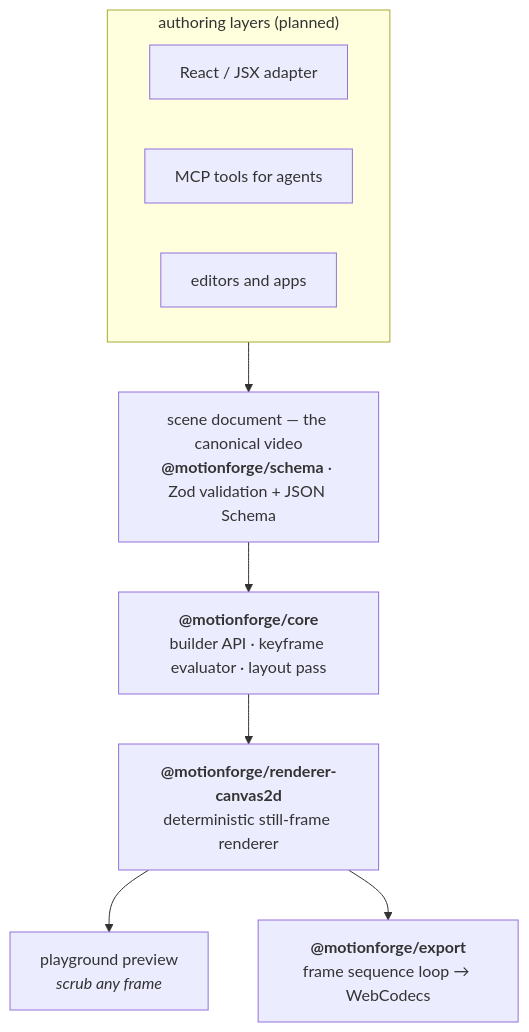
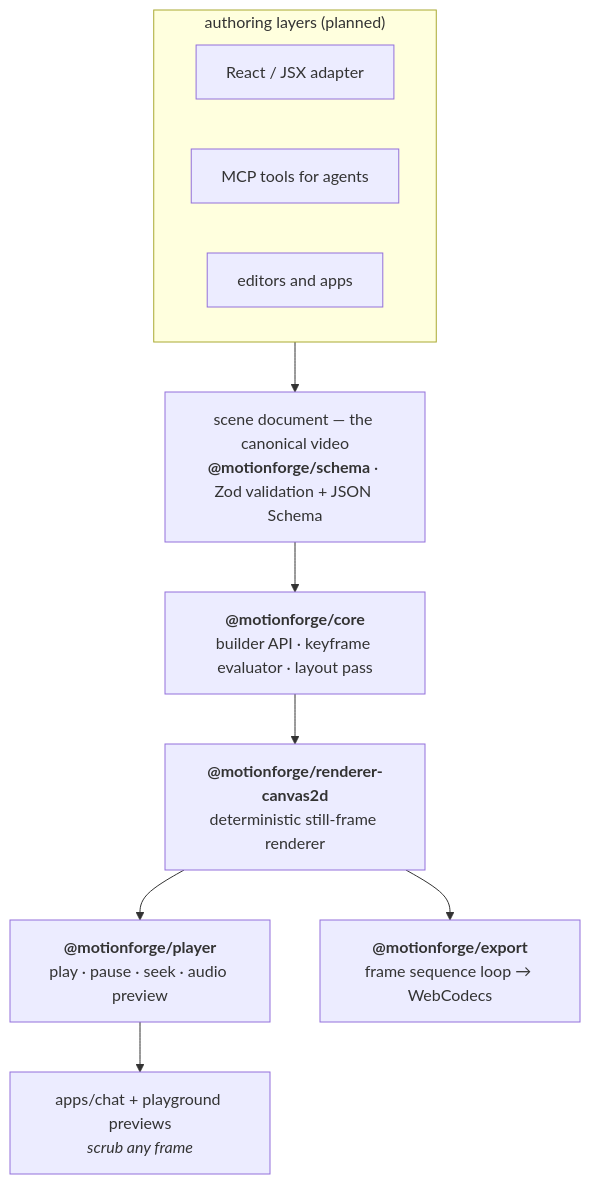
Before and after one commit to PansaLegrand/motionforge: the second of 2 diagrams in README.md, drawn with Mermaid. The commit also changed other lines of this file and 6 other files, not shown here.

````diff
--- a/README.md
+++ b/README.md
@@ -44,16 +46,17 @@
 ```mermaid
 flowchart TB
     subgraph adapters ["authoring layers (planned)"]
         direction LR
         JSX["React / JSX adapter"]
         MCP["MCP tools for agents"]
         ED["editors and apps"]
     end
 
     adapters --> SCENE["scene document — the canonical video<br/><b>@motionforge/schema</b> · Zod validation + JSON Schema"]
 
     SCENE --> CORE["<b>@motionforge/core</b><br/>builder API · keyframe evaluator · layout pass"]
     CORE --> R2D["<b>@motionforge/renderer-canvas2d</b><br/>deterministic still-frame renderer"]
-    R2D --> PREVIEW["playground preview<br/><i>scrub any frame</i>"]
+    R2D --> PLAYER["<b>@motionforge/player</b><br/>play · pause · seek · audio preview"]
+    PLAYER --> PREVIEW["apps/chat + playground previews<br/><i>scrub any frame</i>"]
     R2D --> EXPORT["<b>@motionforge/export</b><br/>frame sequence loop → WebCodecs"]
 ```
````
